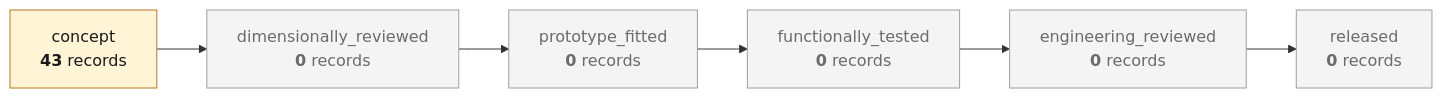
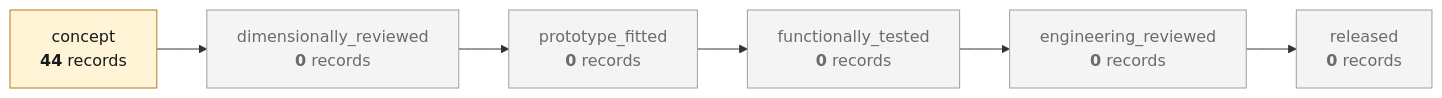
The fourth of 5 diagrams in docs/ENGINEERING_OVERVIEW.md (cluster2600/porscheparts), drawn with Mermaid before and after one commit. The commit also changed other lines of this file and 22 other files, not shown here.

````diff
--- a/docs/ENGINEERING_OVERVIEW.md
+++ b/docs/ENGINEERING_OVERVIEW.md
@@ -543,18 +544,18 @@
 ```mermaid
 flowchart LR
-    L0["concept<br/><b>43</b> records"]
+    L0["concept<br/><b>44</b> records"]
     L1["dimensionally_reviewed<br/><b>0</b> records"]
     L2["prototype_fitted<br/><b>0</b> records"]
     L3["functionally_tested<br/><b>0</b> records"]
     L4["engineering_reviewed<br/><b>0</b> records"]
     L5["released<br/><b>0</b> records"]
     L0 --> L1 --> L2 --> L3 --> L4 --> L5
     classDef here fill:#fff4d6,stroke:#b7791f,color:#1a1a1a;
     classDef empty fill:#f4f4f4,stroke:#9e9e9e,color:#6b6b6b;
     class L0 here
     class L1 empty
     class L2 empty
     class L3 empty
     class L4 empty
     class L5 empty
 ```
````
